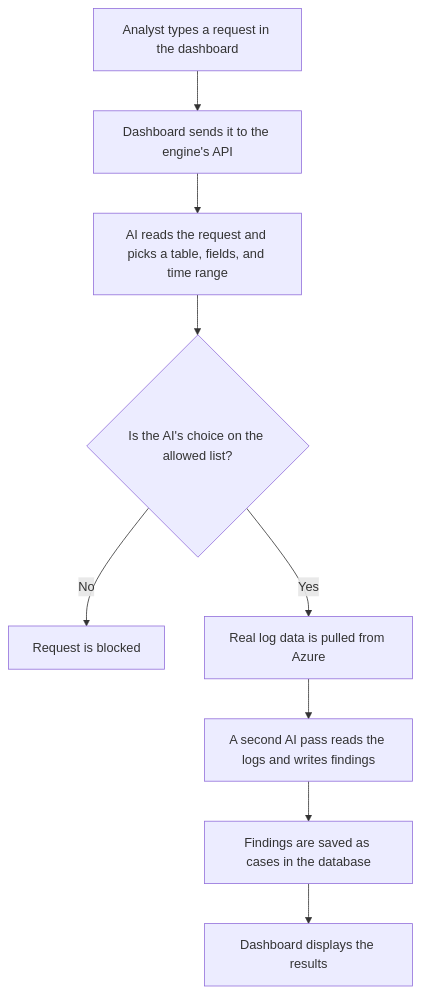
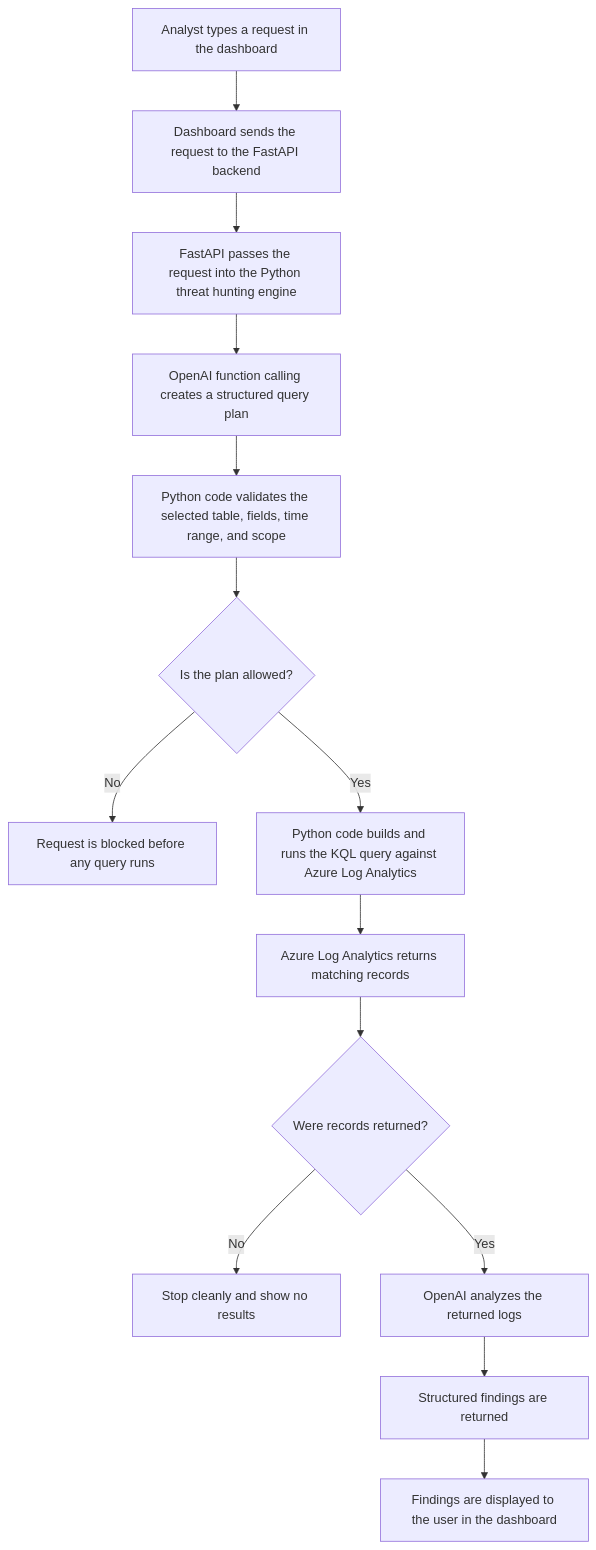
Before and after one commit to Colby-hin/agentic-threat-hunter-dashboard: the diagram in README.md, drawn with Mermaid. The commit also changed other lines of this file, not shown here.

````diff
--- a/README.md
+++ b/README.md
@@ -96,11 +98,16 @@
 ```mermaid
 flowchart TD
-    A[Analyst types a request in the dashboard] --> B[Dashboard sends it to the engine's API]
-    B --> C[AI reads the request and picks a table, fields, and time range]
-    C --> D{Is the AI's choice on the allowed list?}
-    D -->|No| E[Request is blocked]
-    D -->|Yes| F[Real log data is pulled from Azure]
-    F --> G[A second AI pass reads the logs and writes findings]
-    G --> H[Findings are saved as cases in the database]
-    H --> I[Dashboard displays the results]
+    A[Analyst types a request in the dashboard] --> B[Dashboard sends the request to the FastAPI backend]
+    B --> C[FastAPI passes the request into the Python threat hunting engine]
+    C --> D[OpenAI function calling creates a structured query plan]
+    D --> E[Python code validates the selected table, fields, time range, and scope]
+    E --> F{Is the plan allowed?}
+    F -->|No| G[Request is blocked before any query runs]
+    F -->|Yes| H[Python code builds and runs the KQL query against Azure Log Analytics]
+    H --> I[Azure Log Analytics returns matching records]
+    I --> J{Were records returned?}
+    J -->|No| K[Stop cleanly and show no results]
+    J -->|Yes| L[OpenAI analyzes the returned logs]
+    L --> M[Structured findings are returned]
+    M --> N[Findings are displayed to the user in the dashboard]
 ```
````
